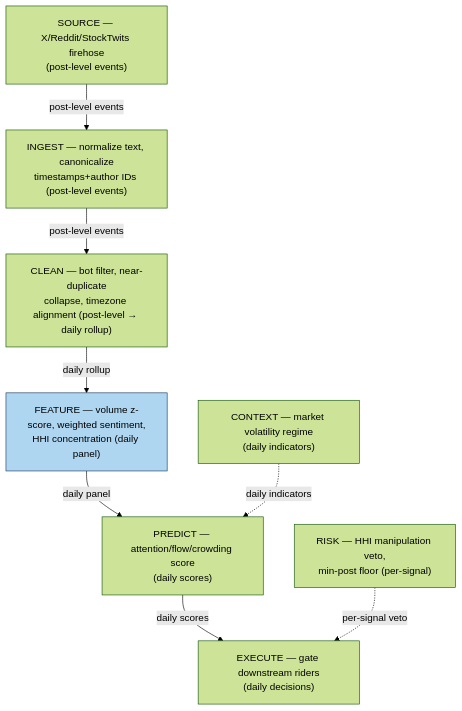
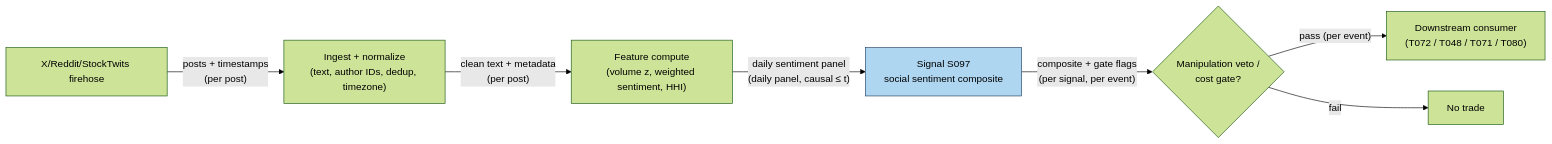
Before and after one commit to praveenguptahcl/quant-signals-deep: the diagram in batches/SB10/S097.md, drawn with Mermaid (forest theme). The commit also changed other lines of this file and 20 other files, not shown here.

````diff
--- a/batches/SB10/S097.md
+++ b/batches/SB10/S097.md
@@ -152,21 +154,10 @@
 ```mermaid
-flowchart TB
-    source["SOURCE — X/Reddit/StockTwits firehose<br/>(post-level events)"]
-    ingest["INGEST — normalize text, canonicalize<br/>timestamps+author IDs (post-level events)"]
-    clean["CLEAN — bot filter, near-duplicate<br/>collapse, timezone alignment (post-level → daily rollup)"]
-    feat["FEATURE — volume z-score, weighted sentiment,<br/>HHI concentration (daily panel)"]
-    pred["PREDICT — attention/flow/crowding score<br/>(daily scores)"]
-    exec["EXECUTE — gate downstream riders<br/>(daily decisions)"]
-
-    ctx["CONTEXT — market volatility regime<br/>(daily indicators)"]
-    risk["RISK — HHI manipulation veto,<br/>min-post floor (per-signal)"]
-
-    source -->|"post-level events"| ingest
-    ingest -->|"post-level events"| clean
-    clean -->|"daily rollup"| feat
-    feat -->|"daily panel"| pred
-    pred -->|"daily scores"| exec
-    ctx -.->|"daily indicators"| pred
-    risk -.->|"per-signal veto"| exec
-    style feat fill:#aed6f1,stroke:#1f3a5f
+flowchart LR
+    FEED["X/Reddit/StockTwits firehose"] -- "posts + timestamps<br/>(per post)" --> ING["Ingest + normalize<br/>(text, author IDs, dedup, timezone)"]
+    ING -- "clean text + metadata<br/>(per post)" --> FEAT["Feature compute<br/>(volume z, weighted sentiment, HHI)"]
+    FEAT -- "daily sentiment panel<br/>(daily panel, causal ≤ t)" --> SIG["Signal S097<br/>social sentiment composite"]
+    SIG -- "composite + gate flags<br/>(per signal, per event)" --> GATE{"Manipulation veto /<br/>cost gate?"}
+    GATE -- "pass (per event)" --> OUT["Downstream consumer<br/>(T072 / T048 / T071 / T080)"]
+    GATE -- "fail" --> DROP["No trade"]
+    style SIG fill:#aed6f1,stroke:#1f3a5f
 ```
````
